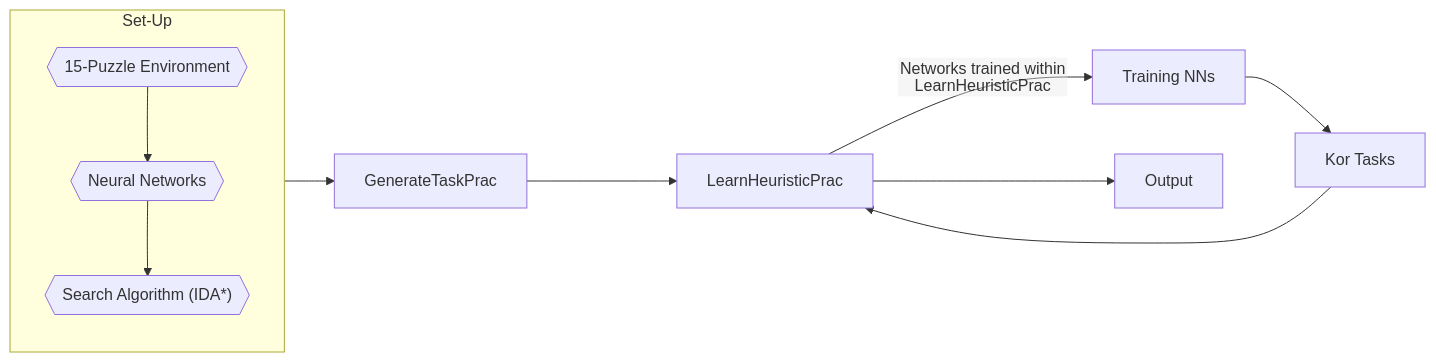
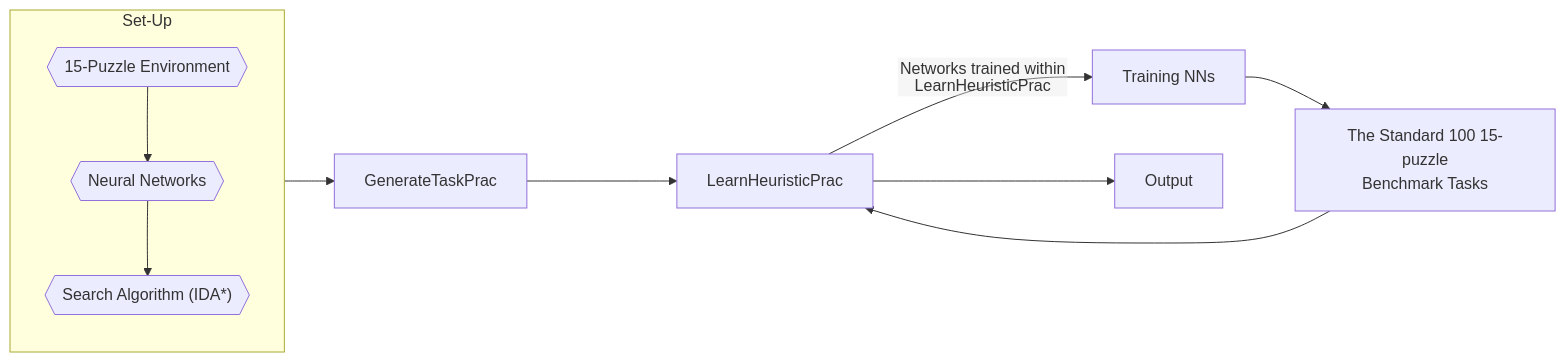
Before and after one commit to OShagHennessy/Reproducibility_Assignment: the diagram in README.md, drawn with Mermaid.

````diff
--- a/README.md
+++ b/README.md
@@ -10,15 +10,16 @@
 ```mermaid
 
 %%{init: {"flowchart": {"htmlLabels": false}} }%%
 flowchart LR
 Algorithm3[GenerateTaskPrac]
 Algorithm4[LearnHeuristicPrac]
 TrainingNNs[Training NNs]
-Kor_Tasks[Kor Tasks]
+Kor_Tasks[The Standard 100 15-puzzle
+Benchmark Tasks]
 Output[Output]
 Set-Up --> Algorithm3 ----> Algorithm4 --Networks trained within LearnHeuristicPrac--> TrainingNNs --> Kor_Tasks --> Algorithm4 --> Output
 subgraph "Set-Up"
   a{{"`15-Puzzle Environment`"}} --> b{{"`Neural Networks`"}} --> c{{"`Search Algorithm (IDA*)`"}}
 end
 
 ```
````
